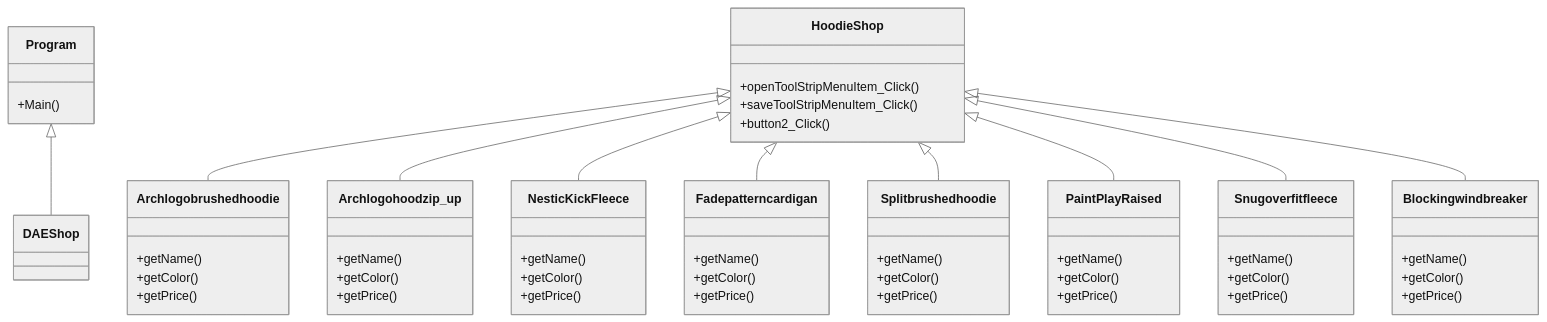
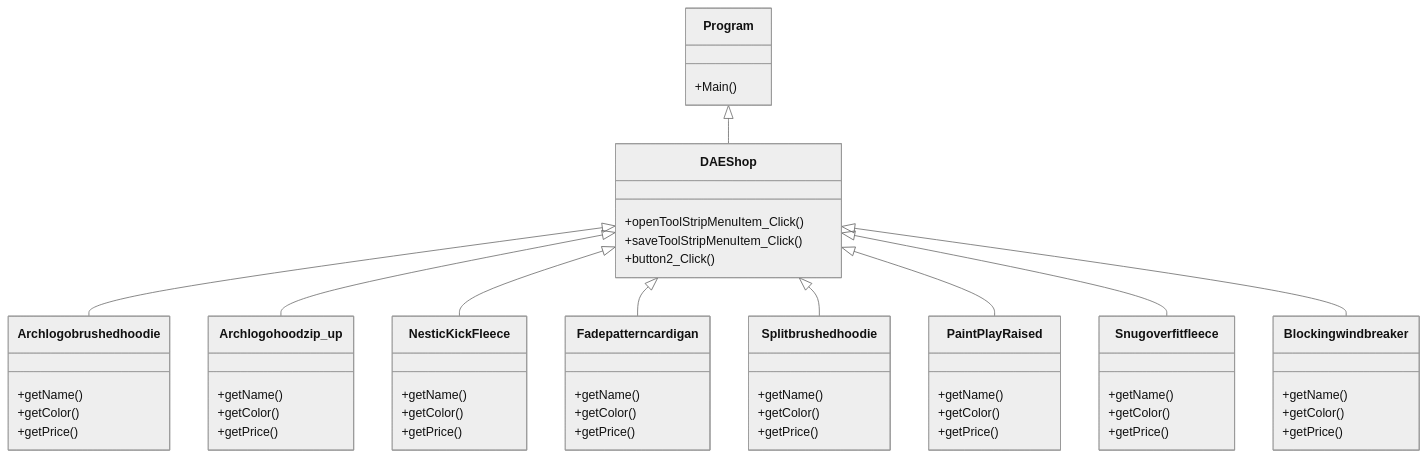
Before and after one commit to Natthawan31/Project-Nattawan: the diagram in README.md, drawn with Mermaid (neutral theme).

````diff
--- a/README.md
+++ b/README.md
@@ -13,59 +13,59 @@
 ```mermaid
 classDiagram
     Program <|-- DAEShop
-    HoodieShop <|-- Archlogobrushedhoodie
-    HoodieShop <|-- Archlogohoodzip_up
-    HoodieShop <|-- NesticKickFleece
-    HoodieShop <|-- Fadepatterncardigan
-    HoodieShop <|-- Splitbrushedhoodie
-    HoodieShop <|-- PaintPlayRaised
-    HoodieShop <|-- Snugoverfitfleece
-    HoodieShop <|-- Blockingwindbreaker
+    DAEShop <|-- Archlogobrushedhoodie
+    DAEShop <|-- Archlogohoodzip_up
+    DAEShop <|-- NesticKickFleece
+    DAEShop <|-- Fadepatterncardigan
+    DAEShop <|-- Splitbrushedhoodie
+    DAEShop <|-- PaintPlayRaised
+    DAEShop <|-- Snugoverfitfleece
+    DAEShop <|-- Blockingwindbreaker
     Program : +Main()
-    class HoodieShop{
+    class DAEShop{
         +openToolStripMenuItem_Click()
         +saveToolStripMenuItem_Click()
         +button2_Click()
     }
     class Archlogobrushedhoodie{
         +getName()
         +getColor()
         +getPrice()
         
     }
     class Archlogohoodzip_up{
         +getName()
         +getColor()
         +getPrice()
     }
     class NesticKickFleece{
         +getName()
         +getColor()
         +getPrice()    
     }
     class Fadepatterncardigan{
         +getName()
         +getColor()
         +getPrice()
     }
     class Splitbrushedhoodie{
         +getName()
         +getColor()
         +getPrice()
     }
     class PaintPlayRaised{
         +getName()
         +getColor()
         +getPrice()
     }
     class Snugoverfitfleece{
         +getName()
         +getColor()
         +getPrice()
     }
     class Blockingwindbreaker{
         +getName()
         +getColor()
         +getPrice()
     }
 ```
````
